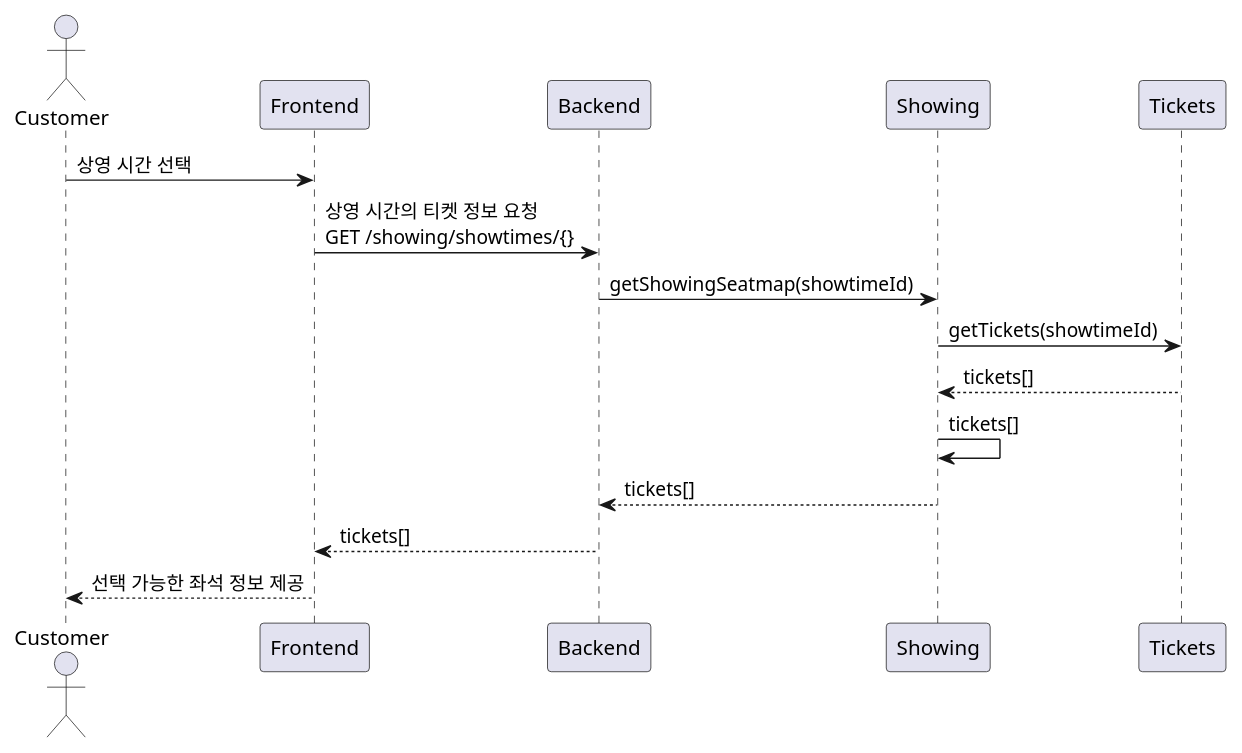
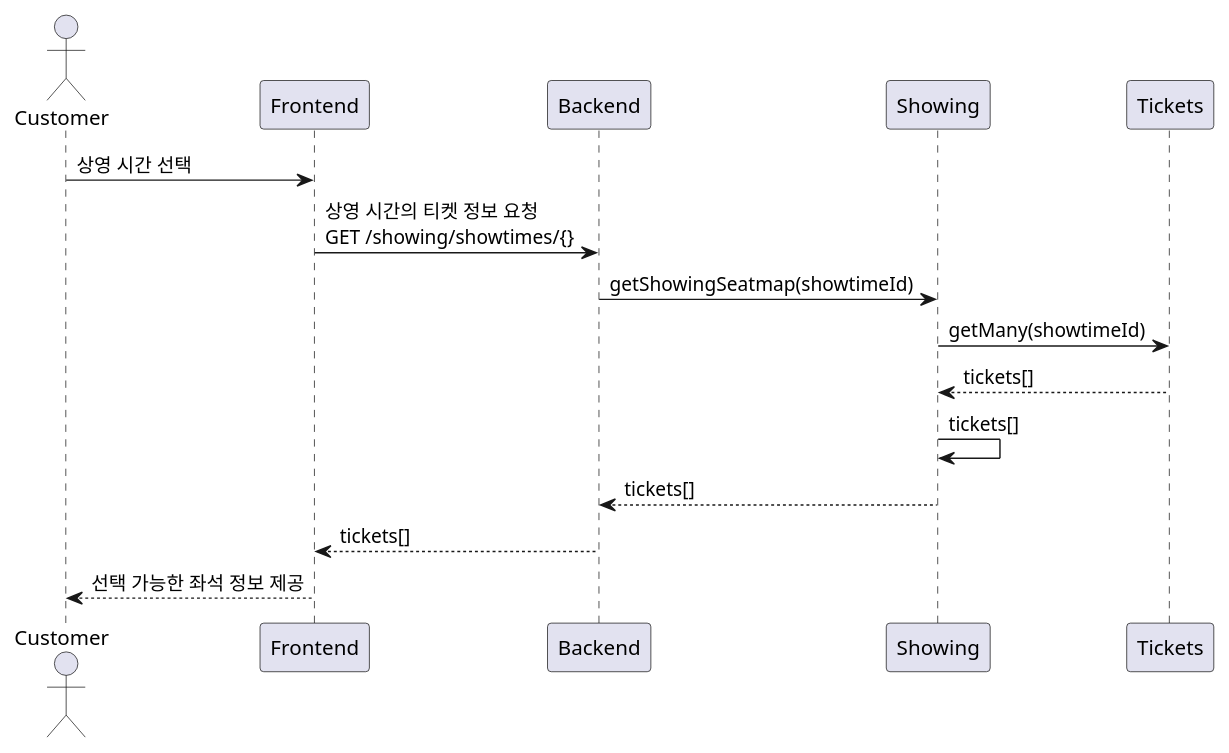
One commit to mannercode/nest-seed changed the fifth of 6 diagrams in docs/archive/tickets-purchase.md. Above: the diagram before and after it, drawn with PlantUML. The commit also changed other lines of this file and 67 other files, not shown here.

````diff
--- a/docs/archive/tickets-purchase.md
+++ b/docs/archive/tickets-purchase.md
@@ -158,15 +158,15 @@
 ```plantuml
 @startuml
 actor Customer
 
 Customer -> Frontend : 상영 시간 선택
     Frontend -> Backend : 상영 시간의 티켓 정보 요청\nGET /showing/showtimes/{}
         Backend -> Showing : getShowingSeatmap(showtimeId)
-            Showing -> Tickets : getTickets(showtimeId)
+            Showing -> Tickets : getMany(showtimeId)
             Showing <-- Tickets : tickets[]
             Showing -> Showing : tickets[]
         Backend <-- Showing: tickets[]
     Frontend <-- Backend : tickets[]
 Customer <-- Frontend : 선택 가능한 좌석 정보 제공
 @enduml
 ```
````
